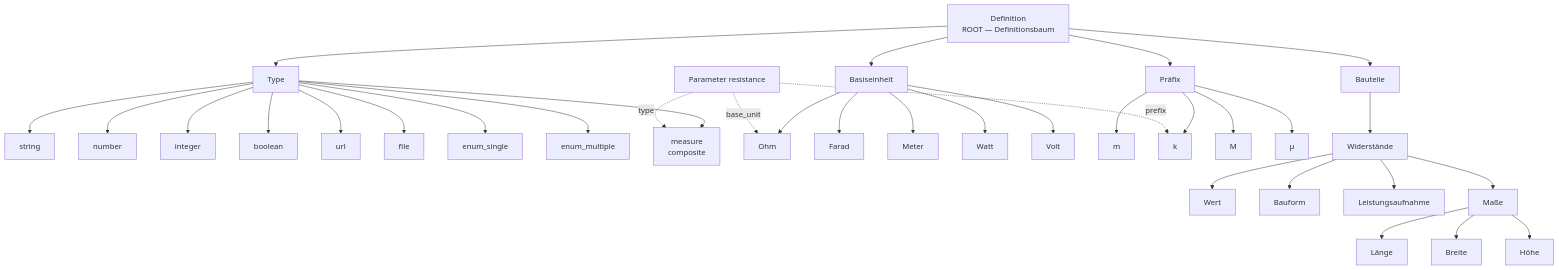
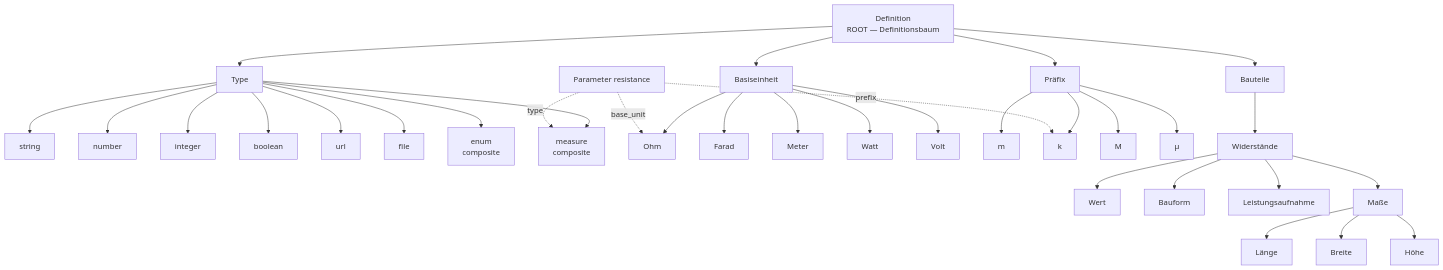
The fourth of 6 diagrams in docs/plans/data-structure.md (sfambach/wp-taxonomy-modeler), drawn with Mermaid before and after one commit. The commit also changed other lines of this file and 5 other files, not shown here.

First line of the commit message:
docs: enum is composite; single/multiple are selection modes

````diff
--- a/docs/plans/data-structure.md
+++ b/docs/plans/data-structure.md
@@ -439,44 +441,43 @@
 ```mermaid
 flowchart TB
   D["Definition<br/>ROOT — Definitionsbaum"]
 
   D --> T["Type"]
   D --> B["Basiseinheit"]
   D --> P["Präfix"]
   D --> Bau["Bauteile"]
 
   T --> T1["string"]
   T --> T2["number"]
   T --> T3["integer"]
   T --> T4["boolean"]
   T --> T5["url"]
   T --> T6["file"]
-  T --> T7["enum_single"]
-  T --> T8["enum_multiple"]
-  T --> T9["measure<br/>composite"]
+  T --> T7["enum<br/>composite"]
+  T --> T8["measure<br/>composite"]
 
   B --> B1["Ohm"]
   B --> B2["Farad"]
   B --> B3["Meter"]
   B --> B4["Watt"]
   B --> B5["Volt"]
 
   P --> P1["m"]
   P --> P2["k"]
   P --> P3["M"]
   P --> P4["µ"]
 
   Bau --> W["Widerstände"]
   W --> V["Wert"]
   W --> F["Bauform"]
   W --> L["Leistungsaufnahme"]
   W --> M["Maße"]
   M --> GL["Länge"]
   M --> GB["Breite"]
   M --> GH["Höhe"]
 
   Param["Parameter resistance"]
-  Param -.->|type| T9
+  Param -.->|type| T8
   Param -.->|prefix| P2
   Param -.->|base_unit| B1
 ```
````
